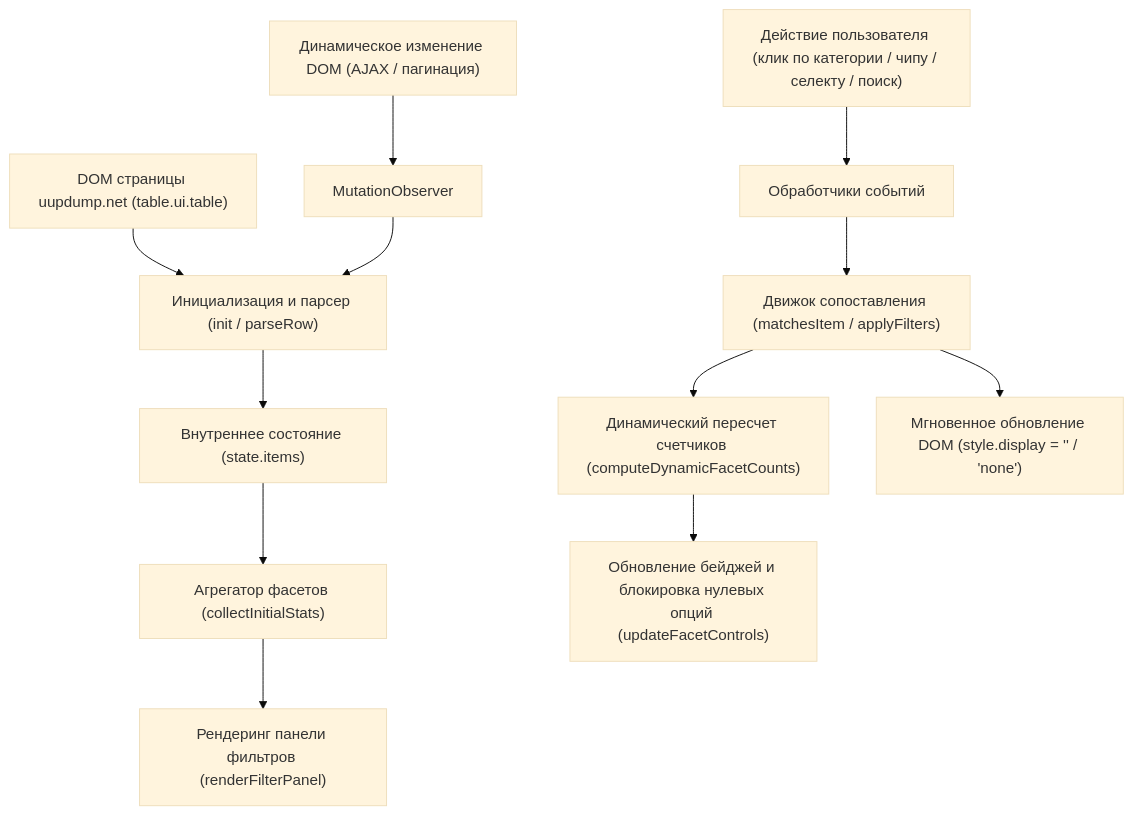
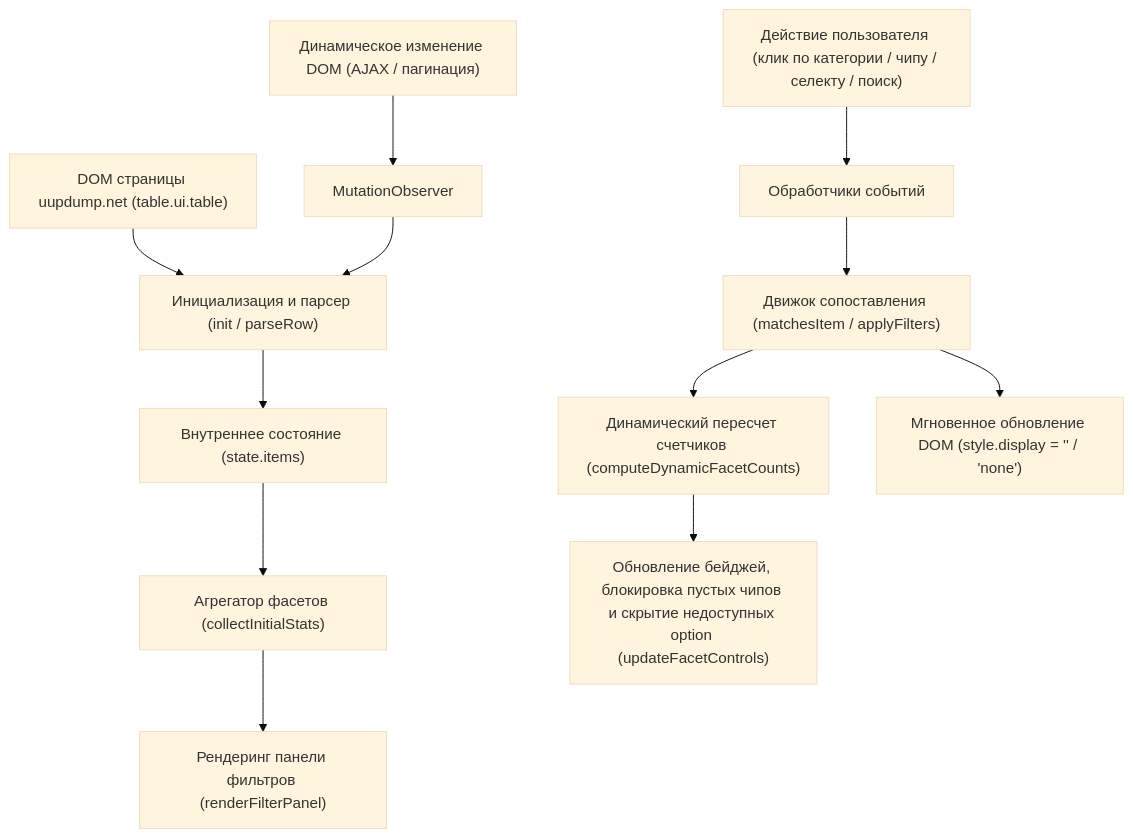
Before and after one commit to BasimovIF-AI/userscript-uupdump: the diagram in ARCHITECTURE.md, drawn with Mermaid (base theme). The commit also changed other lines of this file and 6 other files, not shown here.

````diff
--- a/ARCHITECTURE.md
+++ b/ARCHITECTURE.md
@@ -9,16 +9,16 @@
 ```mermaid
 flowchart TD
     DOM["DOM страницы uupdump.net (table.ui.table)"] --> Scanner["Инициализация и парсер (init / parseRow)"]
     Scanner --> State["Внутреннее состояние (state.items)"]
     State --> Facets["Агрегатор фасетов (collectInitialStats)"]
     Facets --> UI["Рендеринг панели фильтров (renderFilterPanel)"]
     
     UserAction["Действие пользователя (клик по категории / чипу / селекту / поиск)"] --> EventHandlers["Обработчики событий"]
     EventHandlers --> FilterEngine["Движок сопоставления (matchesItem / applyFilters)"]
     FilterEngine --> DynamicRecalc["Динамический пересчет счетчиков (computeDynamicFacetCounts)"]
     FilterEngine --> DOMUpdate["Мгновенное обновление DOM (style.display = '' / 'none')"]
-    DynamicRecalc --> ControlState["Обновление бейджей и блокировка нулевых опций (updateFacetControls)"]
+    DynamicRecalc --> ControlState["Обновление бейджей, блокировка пустых чипов и скрытие недоступных option (updateFacetControls)"]
     
     DOMChange["Динамическое изменение DOM (AJAX / пагинация)"] --> MutationObserver["MutationObserver"]
     MutationObserver --> Scanner
 ```
````
